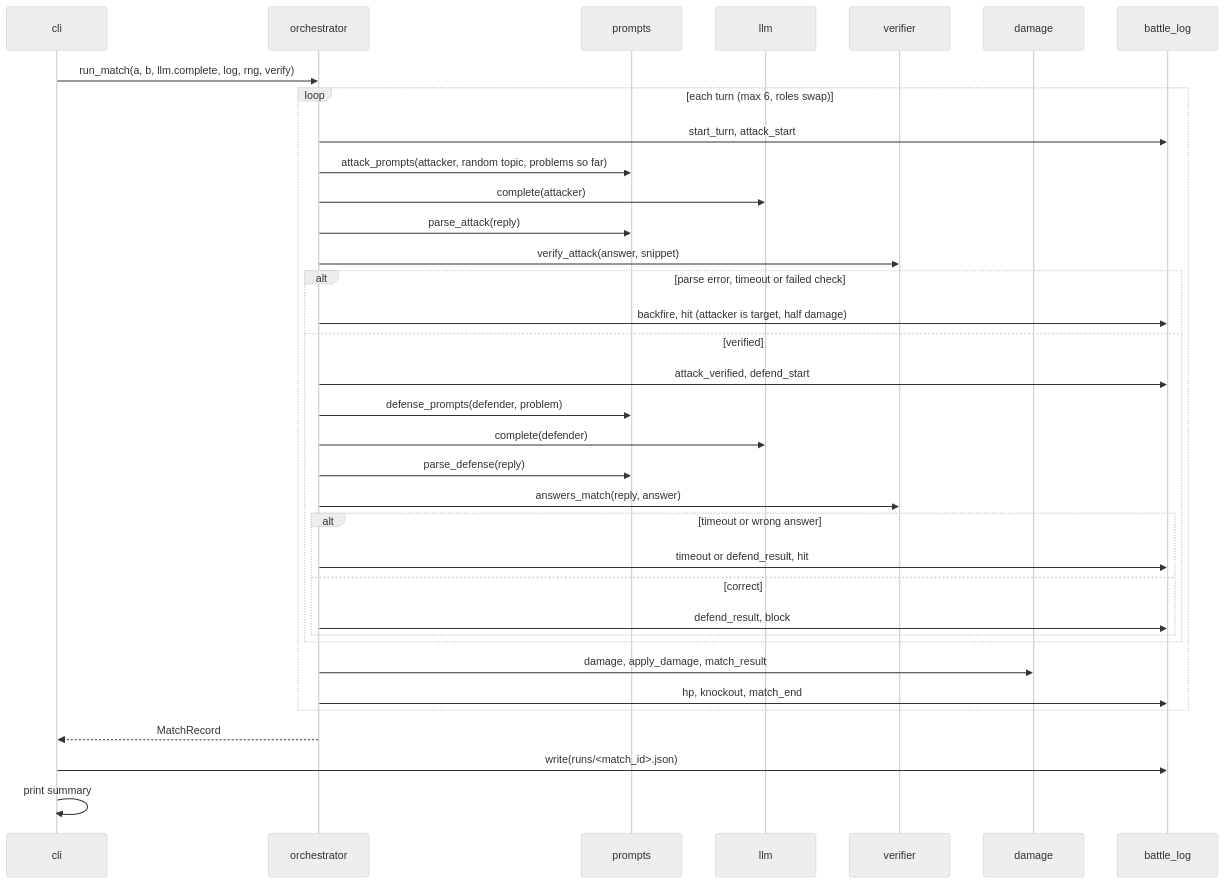
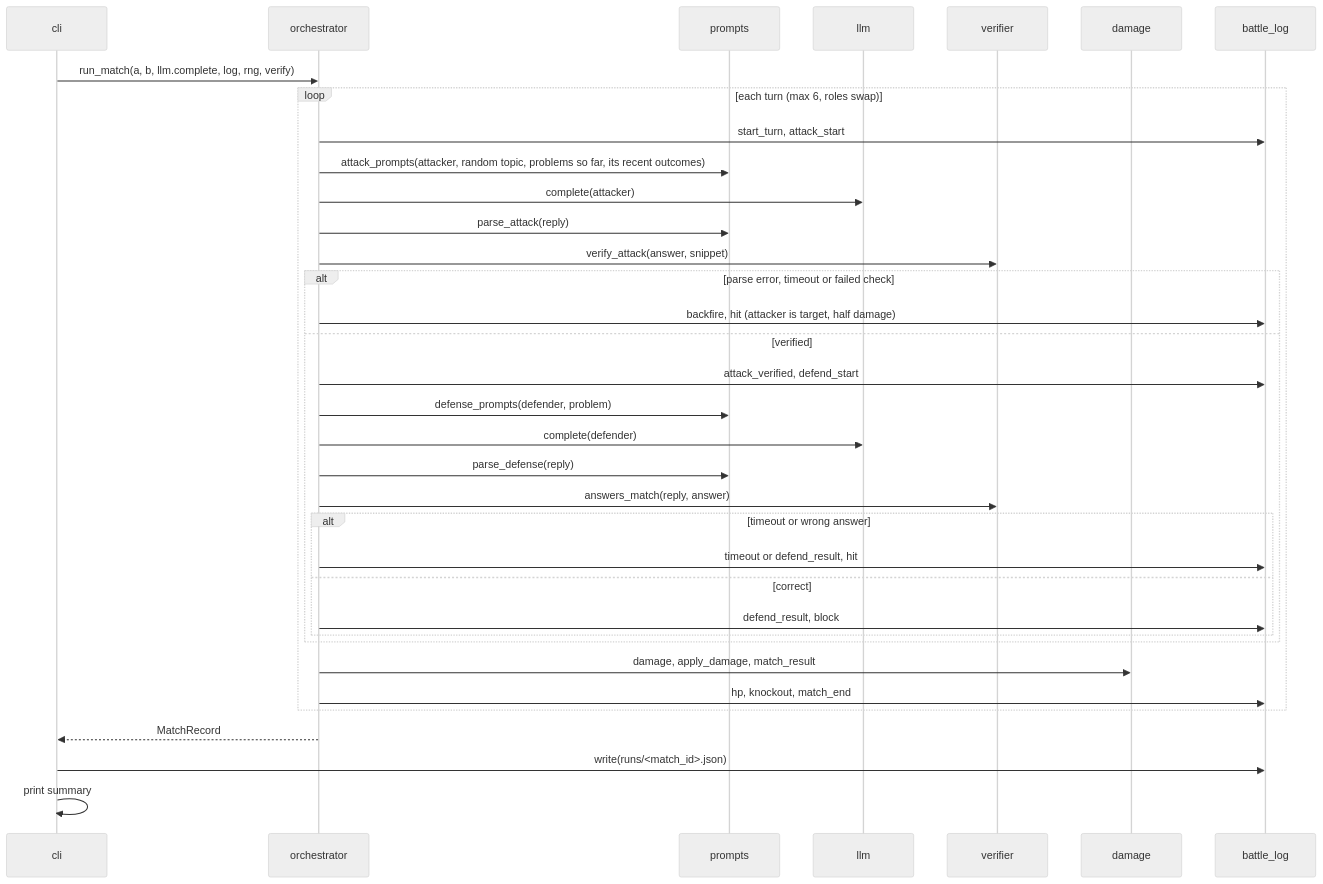
The diagram in docs/FLOW.md (aum2606/agent-arena), drawn with Mermaid (neutral theme) before and after one commit. The commit also changed other lines of this file and 11 other files, not shown here.

Commit message:
feat(prompts): show attackers how their recent problems fared

````diff
--- a/docs/FLOW.md
+++ b/docs/FLOW.md
@@ -3,38 +3,38 @@
 ```mermaid
 sequenceDiagram
     participant C as cli
     participant O as orchestrator
     participant P as prompts
     participant L as llm
     participant V as verifier
     participant D as damage
     participant G as battle_log
 
     C->>O: run_match(a, b, llm.complete, log, rng, verify)
     loop each turn (max 6, roles swap)
         O->>G: start_turn, attack_start
-        O->>P: attack_prompts(attacker, random topic, problems so far)
+        O->>P: attack_prompts(attacker, random topic, problems so far, its recent outcomes)
         O->>L: complete(attacker)
         O->>P: parse_attack(reply)
         O->>V: verify_attack(answer, snippet)
         alt parse error, timeout or failed check
             O->>G: backfire, hit (attacker is target, half damage)
         else verified
             O->>G: attack_verified, defend_start
             O->>P: defense_prompts(defender, problem)
             O->>L: complete(defender)
             O->>P: parse_defense(reply)
             O->>V: answers_match(reply, answer)
             alt timeout or wrong answer
                 O->>G: timeout or defend_result, hit
             else correct
                 O->>G: defend_result, block
             end
         end
         O->>D: damage, apply_damage, match_result
         O->>G: hp, knockout, match_end
     end
     O-->>C: MatchRecord
     C->>G: write(runs/<match_id>.json)
     C->>C: print summary
 ```
````
